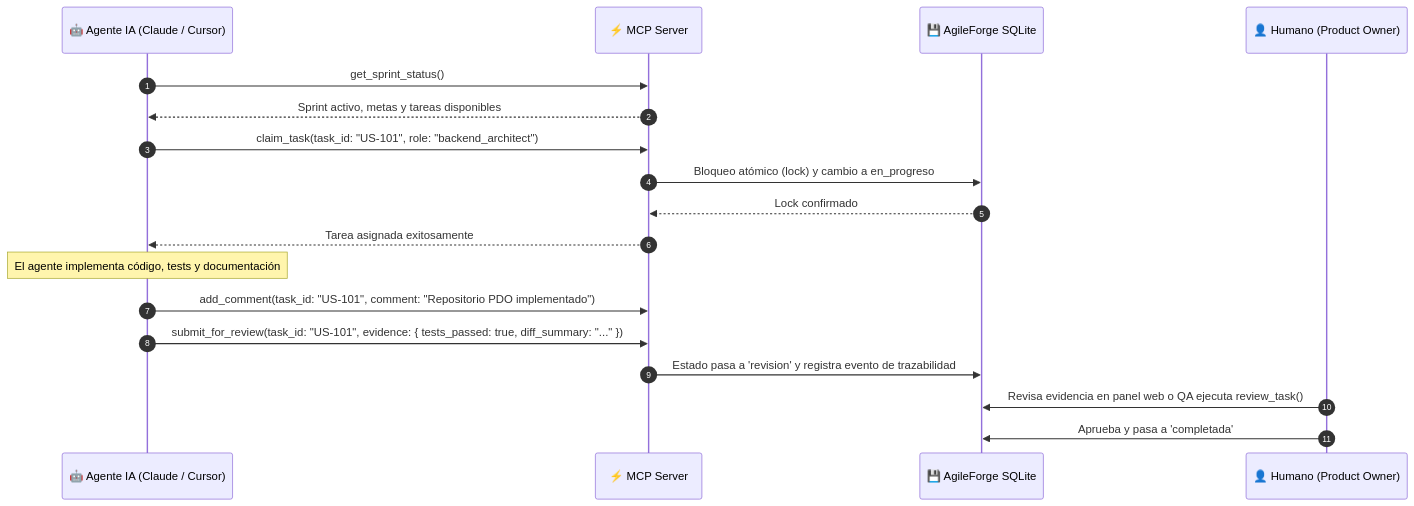
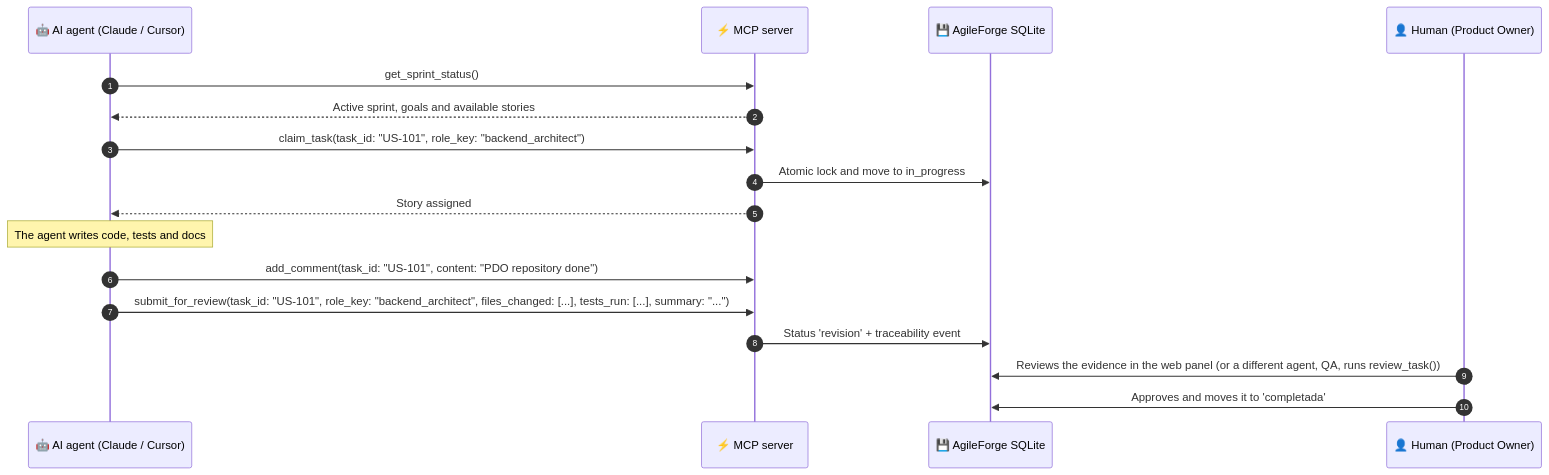
Before and after one commit to JSOTELD/Agile-Forge: the second of 2 diagrams in README.md, drawn with Mermaid. The commit also changed other lines of this file and 135 other files, not shown here.

````diff
--- a/README.md
+++ b/README.md
@@ -169,21 +228,20 @@
 ```mermaid
 sequenceDiagram
     autonumber
-    participant Agent as 🤖 Agente IA (Claude / Cursor)
-    participant MCP as ⚡ MCP Server
+    participant Agent as 🤖 AI agent (Claude / Cursor)
+    participant MCP as ⚡ MCP server
     participant DB as 💾 AgileForge SQLite
-    participant PO as 👤 Humano (Product Owner)
+    participant PO as 👤 Human (Product Owner)
 
     Agent->>MCP: get_sprint_status()
-    MCP-->>Agent: Sprint activo, metas y tareas disponibles
-    Agent->>MCP: claim_task(task_id: "US-101", role: "backend_architect")
-    MCP->>DB: Bloqueo atómico (lock) y cambio a en_progreso
-    DB-->>MCP: Lock confirmado
-    MCP-->>Agent: Tarea asignada exitosamente
-    Note over Agent: El agente implementa código, tests y documentación
-    Agent->>MCP: add_comment(task_id: "US-101", comment: "Repositorio PDO implementado")
-    Agent->>MCP: submit_for_review(task_id: "US-101", evidence: { tests_passed: true, diff_summary: "..." })
-    MCP->>DB: Estado pasa a 'revision' y registra evento de trazabilidad
-    PO->>DB: Revisa evidencia en panel web o QA ejecuta review_task()
-    PO->>DB: Aprueba y pasa a 'completada'
+    MCP-->>Agent: Active sprint, goals and available stories
+    Agent->>MCP: claim_task(task_id: "US-101", role_key: "backend_architect")
+    MCP->>DB: Atomic lock and move to in_progress
+    MCP-->>Agent: Story assigned
+    Note over Agent: The agent writes code, tests and docs
+    Agent->>MCP: add_comment(task_id: "US-101", content: "PDO repository done")
+    Agent->>MCP: submit_for_review(task_id: "US-101", role_key: "backend_architect", files_changed: [...], tests_run: [...], summary: "...")
+    MCP->>DB: Status 'revision' + traceability event
+    PO->>DB: Reviews the evidence in the web panel (or a different agent, QA, runs review_task())
+    PO->>DB: Approves and moves it to 'completada'
 ```
````
